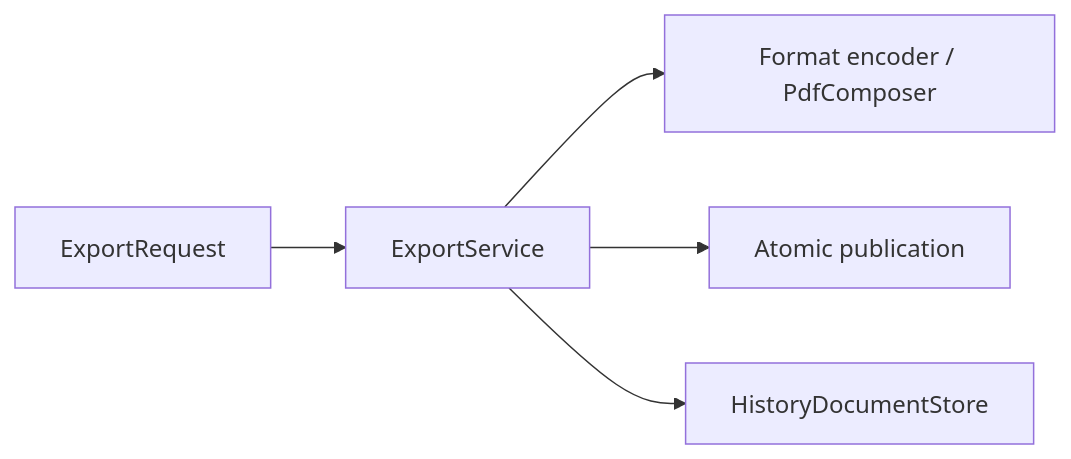
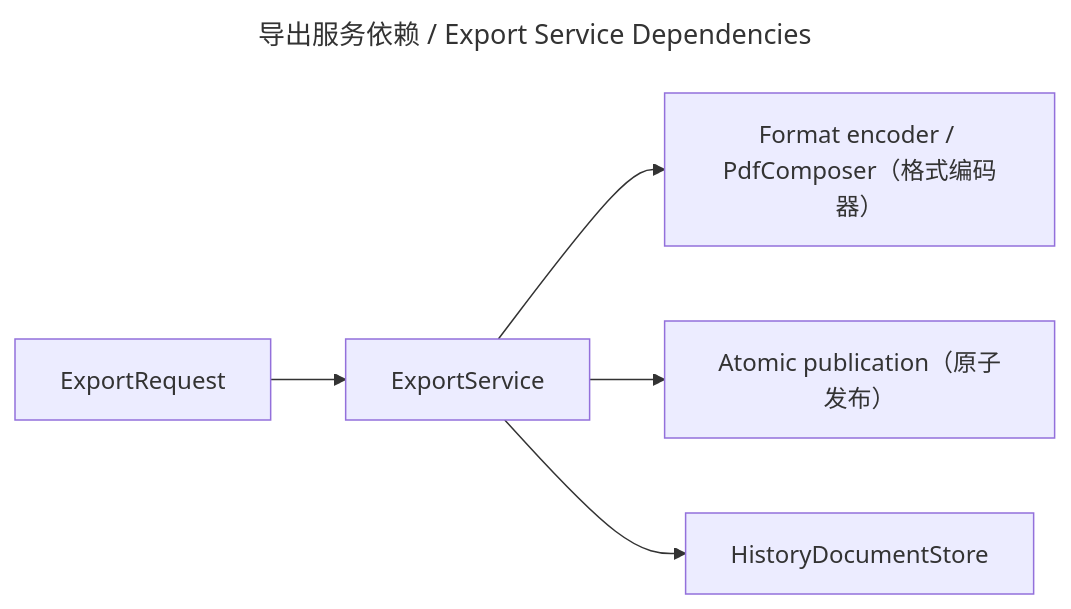
Before and after one commit to peakwheat-pixel/New-Manga: the diagram in wiki/codewiki/export.md, drawn with Mermaid. The commit also changed 16 other files, not shown here.

Commit message:
docs: apply bilingual diagram policy to CodeWiki diagrams

````diff
--- a/wiki/codewiki/export.md
+++ b/wiki/codewiki/export.md
@@ -35,7 +35,10 @@
 ```mermaid
+---
+title: 导出服务依赖 / Export Service Dependencies
+---
 flowchart LR
     REQUEST["ExportRequest"] --> SERVICE["ExportService"]
-    SERVICE --> ENCODER["Format encoder / PdfComposer"]
-    SERVICE --> PUBLISH["Atomic publication"]
+    SERVICE --> ENCODER["Format encoder / PdfComposer（格式编码器）"]
+    SERVICE --> PUBLISH["Atomic publication（原子发布）"]
     SERVICE --> HISTORY["HistoryDocumentStore"]
 ```
````
